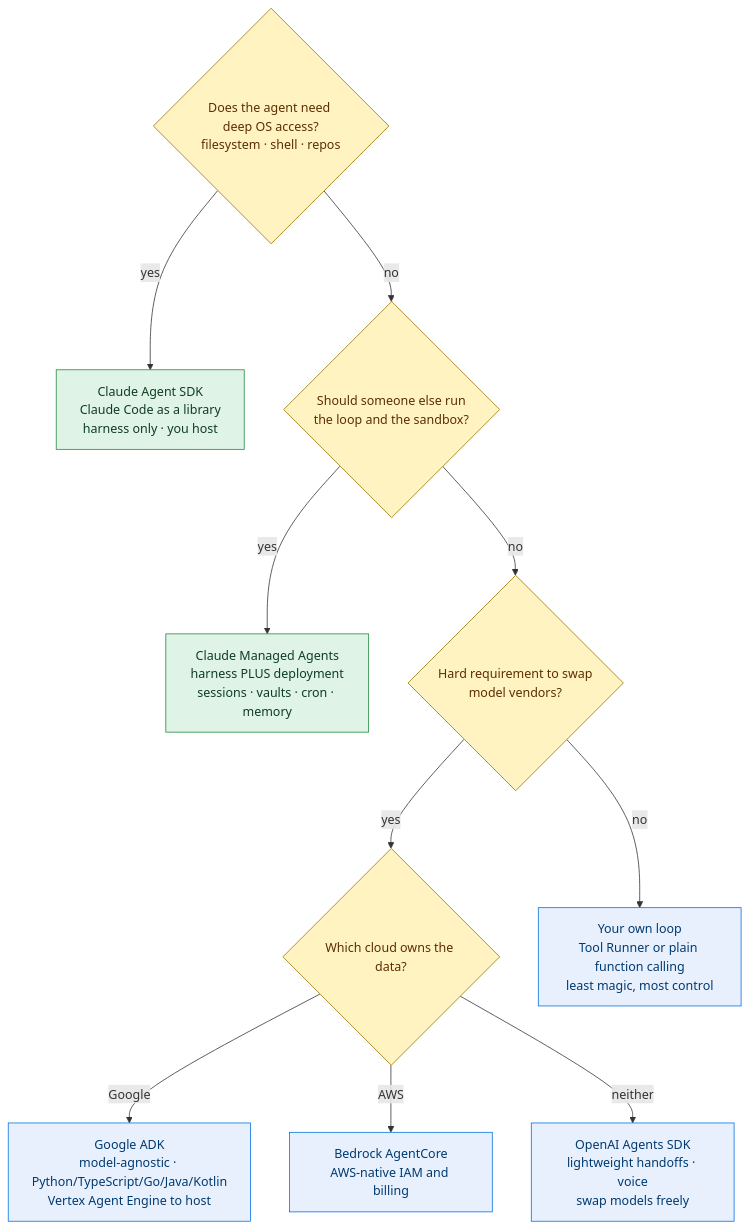
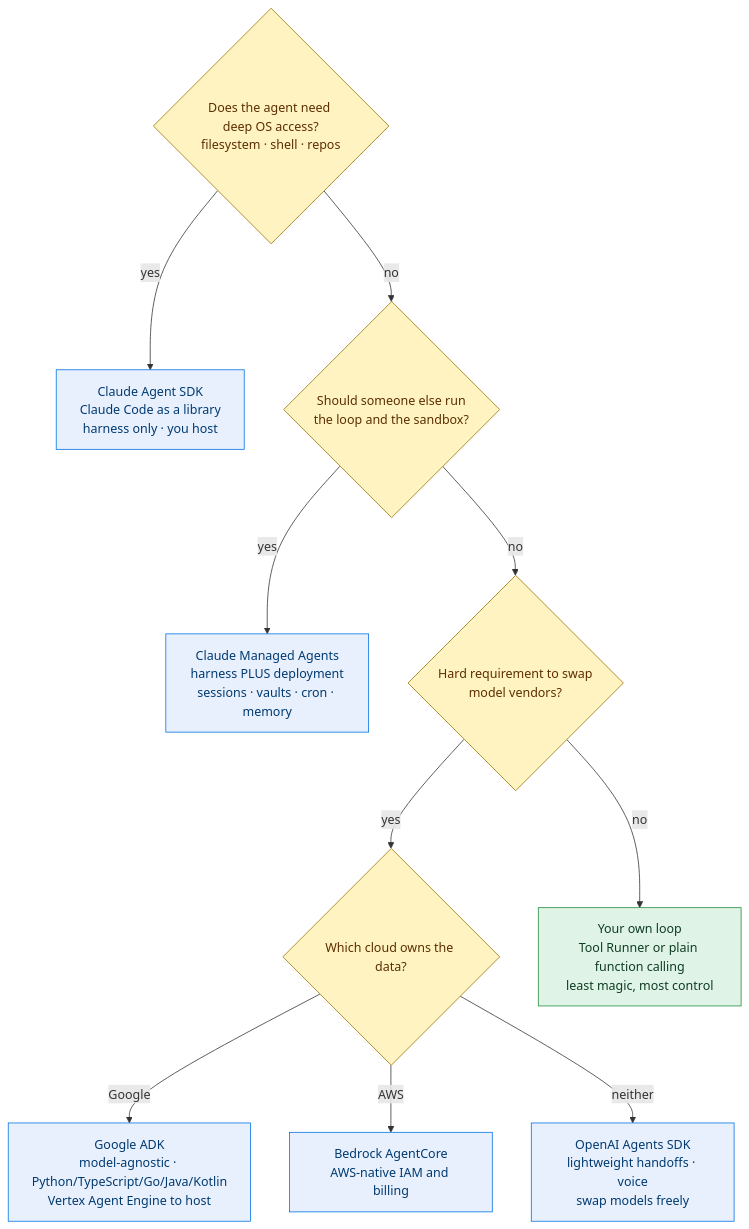
Before and after one commit to mlvpatel/open-weight-agent-stack: the diagram in diagrams/src/platform-sdk.mmd, drawn with Mermaid. The commit also changed 56 other files, not shown here.

```diff
--- a/diagrams/src/platform-sdk.mmd
+++ b/diagrams/src/platform-sdk.mmd
@@ -1,21 +1,21 @@
 flowchart TB
     Q1{"Does the agent need deep OS access?<br/>filesystem · shell · repos"}
     Q1 -->|yes| CASDK["Claude Agent SDK<br/>Claude Code as a library<br/>harness only · you host"]
     Q1 -->|no| Q2{"Should someone else run<br/>the loop and the sandbox?"}
 
     Q2 -->|yes| CMA["Claude Managed Agents<br/>harness PLUS deployment<br/>sessions · vaults · cron · memory"]
     Q2 -->|no| Q3{"Hard requirement to swap<br/>model vendors?"}
 
     Q3 -->|yes| Q4{"Which cloud owns the data?"}
     Q3 -->|no| OWN["Your own loop<br/>Tool Runner or plain function calling<br/>least magic, most control"]
 
     Q4 -->|Google| ADK["Google ADK<br/>model-agnostic · Python/TypeScript/Go/Java/Kotlin<br/>Vertex Agent Engine to host"]
     Q4 -->|AWS| BR["Bedrock AgentCore<br/>AWS-native IAM and billing"]
     Q4 -->|neither| OAI["OpenAI Agents SDK<br/>lightweight handoffs · voice<br/>swap models freely"]
 
     classDef q fill:#fff3c2,stroke:#997404,color:#5c2e00
     classDef pick fill:#dff3e6,stroke:#248a3d,color:#0f3d23
     classDef alt fill:#e8f0fe,stroke:#0071e3,color:#003a70
     class Q1,Q2,Q3,Q4 q
-    class CASDK,CMA pick
-    class ADK,BR,OAI,OWN alt
+    class CASDK,CMA,ADK,BR,OAI alt
+    class OWN pick
```
